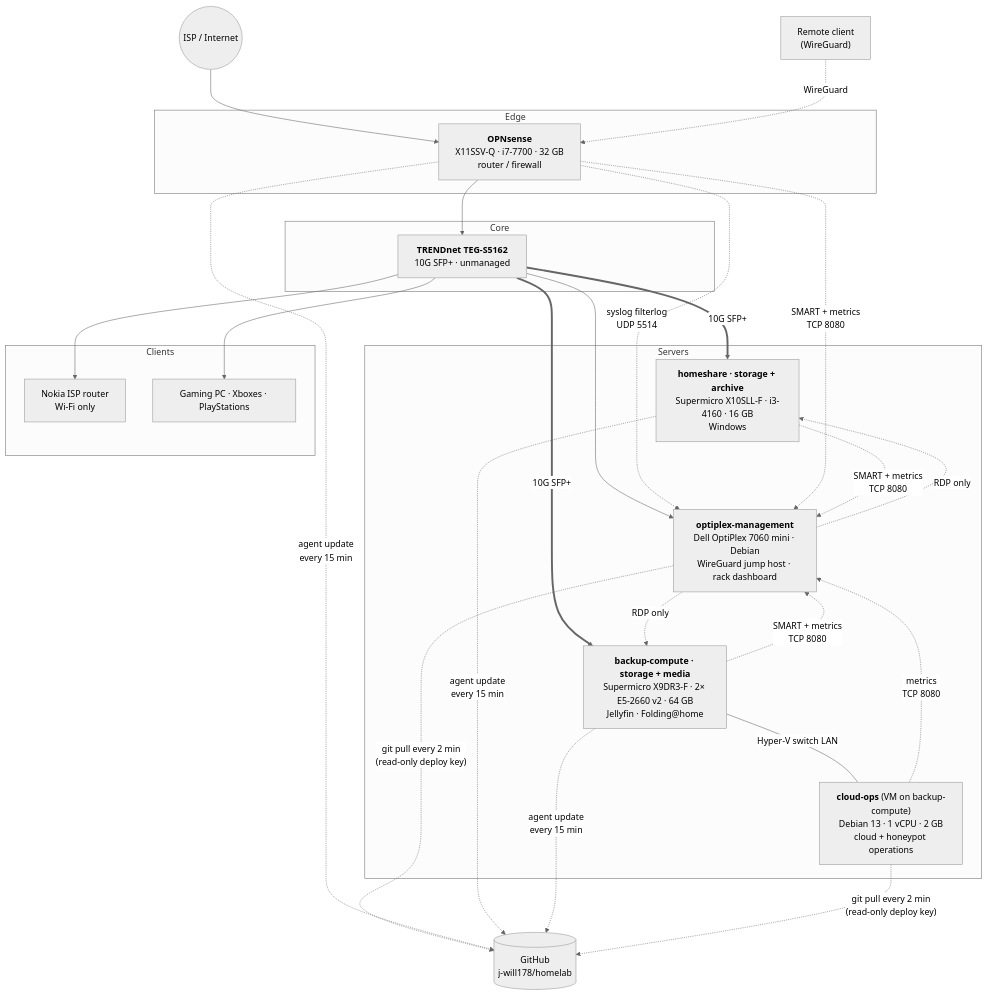
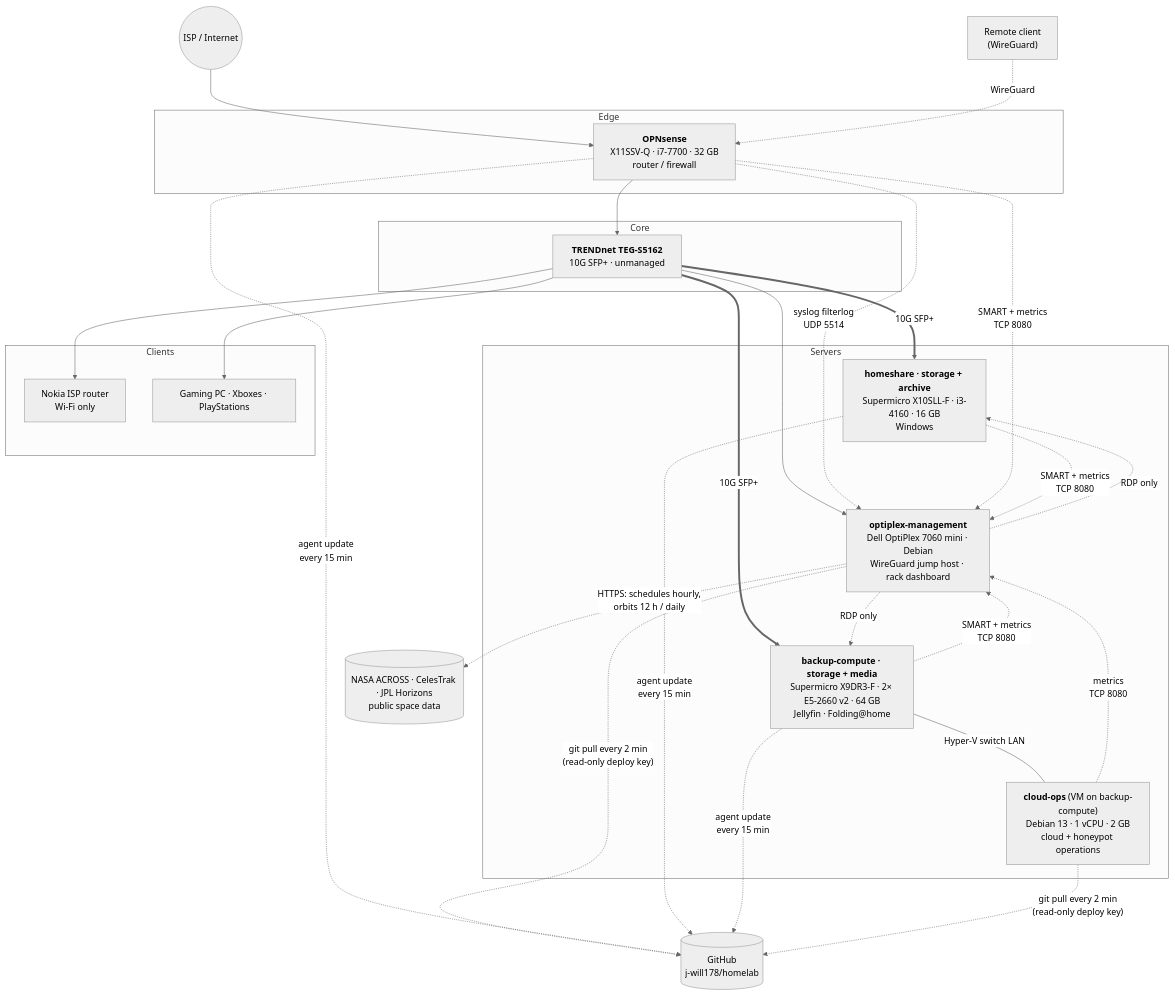
One commit to j-will178/homelab-showcase changed the first of 2 diagrams in docs/topology.md. Above: the diagram before and after it, drawn with Mermaid (neutral theme). The commit also changed other lines of this file and 7 other files, not shown here.

````diff
--- a/docs/topology.md
+++ b/docs/topology.md
@@ -23,50 +23,53 @@
 ```mermaid
 flowchart TB
     WAN(("ISP / Internet"))
     VPN["Remote client<br/>(WireGuard)"]
 
     subgraph EDGE["Edge"]
         OPN["<b>OPNsense</b><br/>X11SSV-Q · i7-7700 · 32 GB<br/>router / firewall"]
     end
 
     subgraph CORE["Core"]
         SW["<b>TRENDnet TEG-S5162</b><br/>10G SFP+ · unmanaged"]
     end
 
     subgraph SERVERS["Servers"]
         M1["<b>homeshare · storage + archive</b><br/>Supermicro X10SLL-F · i3-4160 · 16 GB<br/>Windows"]
         M2["<b>backup-compute · storage + media</b><br/>Supermicro X9DR3-F · 2× E5-2660 v2 · 64 GB<br/>Jellyfin · Folding@home"]
         OPT["<b>optiplex-management</b><br/>Dell OptiPlex 7060 mini · Debian<br/>WireGuard jump host · rack dashboard"]
         CO["<b>cloud-ops</b> (VM on backup-compute)<br/>Debian 13 · 1 vCPU · 2 GB<br/>cloud + honeypot operations"]
     end
 
     subgraph CLIENTS["Clients"]
         NOKIA["Nokia ISP router<br/>Wi-Fi only"]
         GAME["Gaming PC · Xboxes · PlayStations"]
     end
 
     WAN --> OPN
     VPN -. "WireGuard" .-> OPN
     OPN --> SW
     SW == "10G SFP+" ==> M1
     SW == "10G SFP+" ==> M2
     M2 -- "Hyper-V switch LAN" --- CO
     SW --> OPT
     SW --> NOKIA
     SW --> GAME
 
     OPN -. "syslog filterlog<br/>UDP 5514" .-> OPT
     OPN -. "SMART + metrics<br/>TCP 8080" .-> OPT
     M1 -. "SMART + metrics<br/>TCP 8080" .-> OPT
     M2 -. "SMART + metrics<br/>TCP 8080" .-> OPT
     CO -. "metrics<br/>TCP 8080" .-> OPT
     OPT -. "RDP only" .-> M1
     OPT -. "RDP only" .-> M2
 
     GH[("GitHub<br/>j-will178/homelab")]
     OPT -. "git pull every 2 min<br/>(read-only deploy key)" .-> GH
     OPN -. "agent update<br/>every 15 min" .-> GH
     M1 -. "agent update<br/>every 15 min" .-> GH
     M2 -. "agent update<br/>every 15 min" .-> GH
     CO -. "git pull every 2 min<br/>(read-only deploy key)" .-> GH
+
+    SPACE[("NASA ACROSS · CelesTrak · JPL Horizons<br/>public space data")]
+    OPT -. "HTTPS: schedules hourly,<br/>orbits 12 h / daily" .-> SPACE
 ```
````
